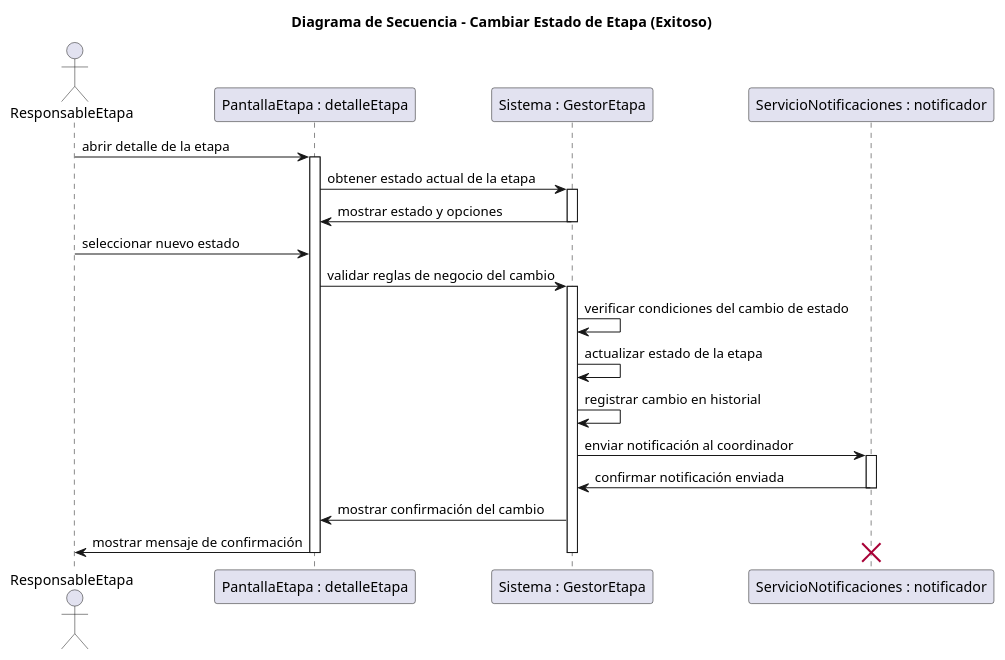
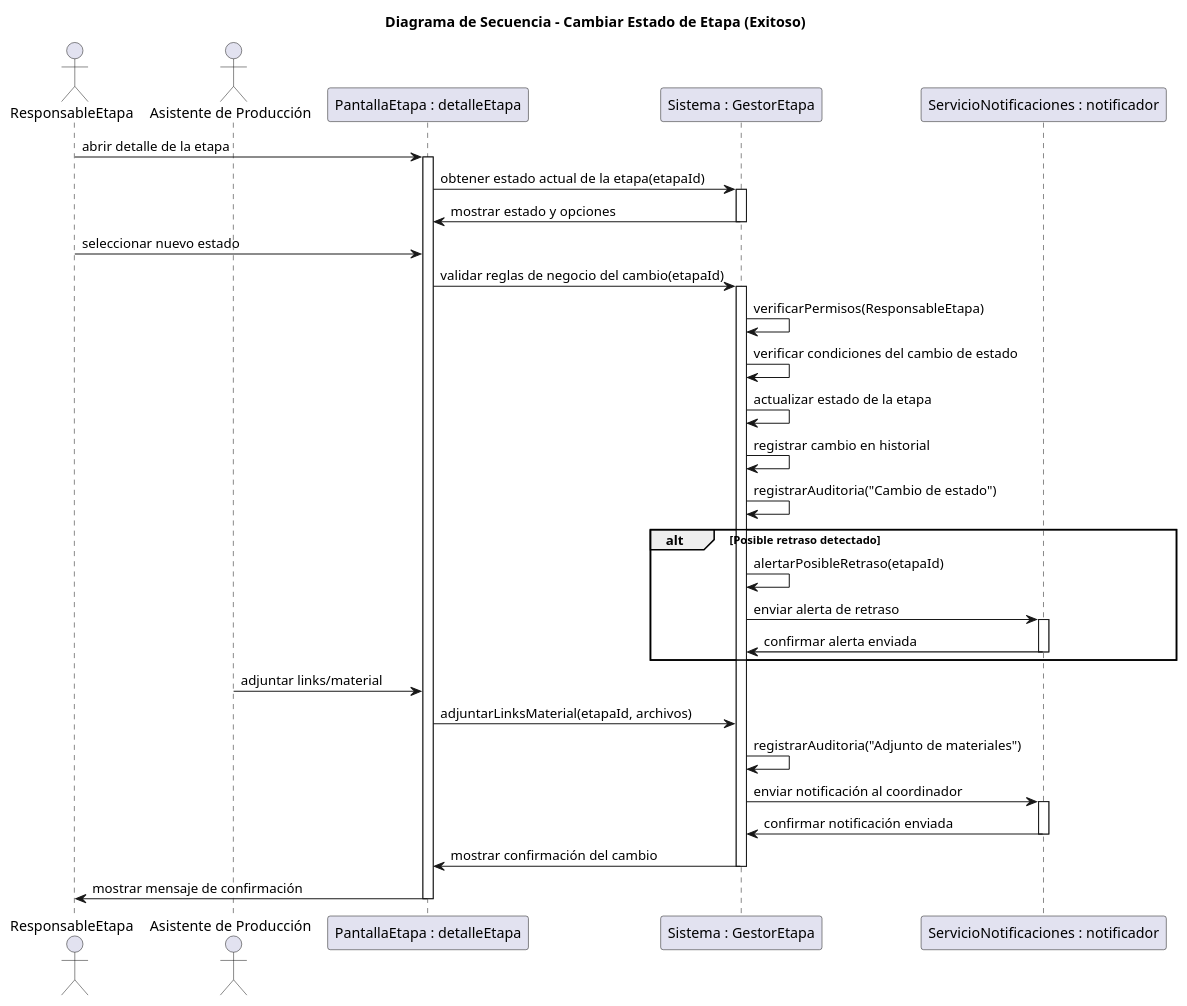
Before and after one commit to GonzaloBarbano/SistemaProductoraVideos: the diagram in diagramas/05-diagramas-secuencia/05-cambiar-estado-etapa-cambiar-estado-de-etapa-exitoso-04.puml, drawn with PlantUML. The commit also changed 27 other files, not shown here.

```diff
--- a/diagramas/05-diagramas-secuencia/05-cambiar-estado-etapa-cambiar-estado-de-etapa-exitoso-04.puml
+++ b/diagramas/05-diagramas-secuencia/05-cambiar-estado-etapa-cambiar-estado-de-etapa-exitoso-04.puml
@@ -1,39 +1,55 @@
 @startuml
 title Diagrama de Secuencia - Cambiar Estado de Etapa (Exitoso)
 
 actor ResponsableEtapa
+actor "Asistente de Producción" as Asistente
 participant "PantallaEtapa : detalleEtapa" as PantallaEtapa
 participant "Sistema : GestorEtapa" as Sistema
 participant "ServicioNotificaciones : notificador" as ServicioNotificaciones
 
 '--- Inicio del flujo ---
 ResponsableEtapa -> PantallaEtapa : abrir detalle de la etapa
 activate PantallaEtapa
 
-PantallaEtapa -> Sistema : obtener estado actual de la etapa
+PantallaEtapa -> Sistema : obtener estado actual de la etapa(etapaId)
 activate Sistema
 Sistema -> PantallaEtapa : mostrar estado y opciones
 deactivate Sistema
 
 ResponsableEtapa -> PantallaEtapa : seleccionar nuevo estado
-PantallaEtapa -> Sistema : validar reglas de negocio del cambio
+PantallaEtapa -> Sistema : validar reglas de negocio del cambio(etapaId)
 activate Sistema
 
+Sistema -> Sistema : verificarPermisos(ResponsableEtapa)
 Sistema -> Sistema : verificar condiciones del cambio de estado
 Sistema -> Sistema : actualizar estado de la etapa
 Sistema -> Sistema : registrar cambio en historial
+Sistema -> Sistema : registrarAuditoria("Cambio de estado")
 
+'--- Alternativa: Posible retraso ---
+alt Posible retraso detectado
+    Sistema -> Sistema : alertarPosibleRetraso(etapaId)
+    Sistema -> ServicioNotificaciones : enviar alerta de retraso
+    activate ServicioNotificaciones
+    ServicioNotificaciones -> Sistema : confirmar alerta enviada
+    deactivate ServicioNotificaciones
+end
+
+'--- Adjuntar Links o Materiales ---
+Asistente -> PantallaEtapa : adjuntar links/material
+PantallaEtapa -> Sistema : adjuntarLinksMaterial(etapaId, archivos)
+Sistema -> Sistema : registrarAuditoria("Adjunto de materiales")
+
+'--- Notificación normal ---
 Sistema -> ServicioNotificaciones : enviar notificación al coordinador
 activate ServicioNotificaciones
 ServicioNotificaciones -> Sistema : confirmar notificación enviada
 deactivate ServicioNotificaciones
 
 Sistema -> PantallaEtapa : mostrar confirmación del cambio
+deactivate Sistema
+
 PantallaEtapa -> ResponsableEtapa : mostrar mensaje de confirmación
-
-deactivate Sistema
 deactivate PantallaEtapa
 
-destroy ServicioNotificaciones
-
 @enduml
```
